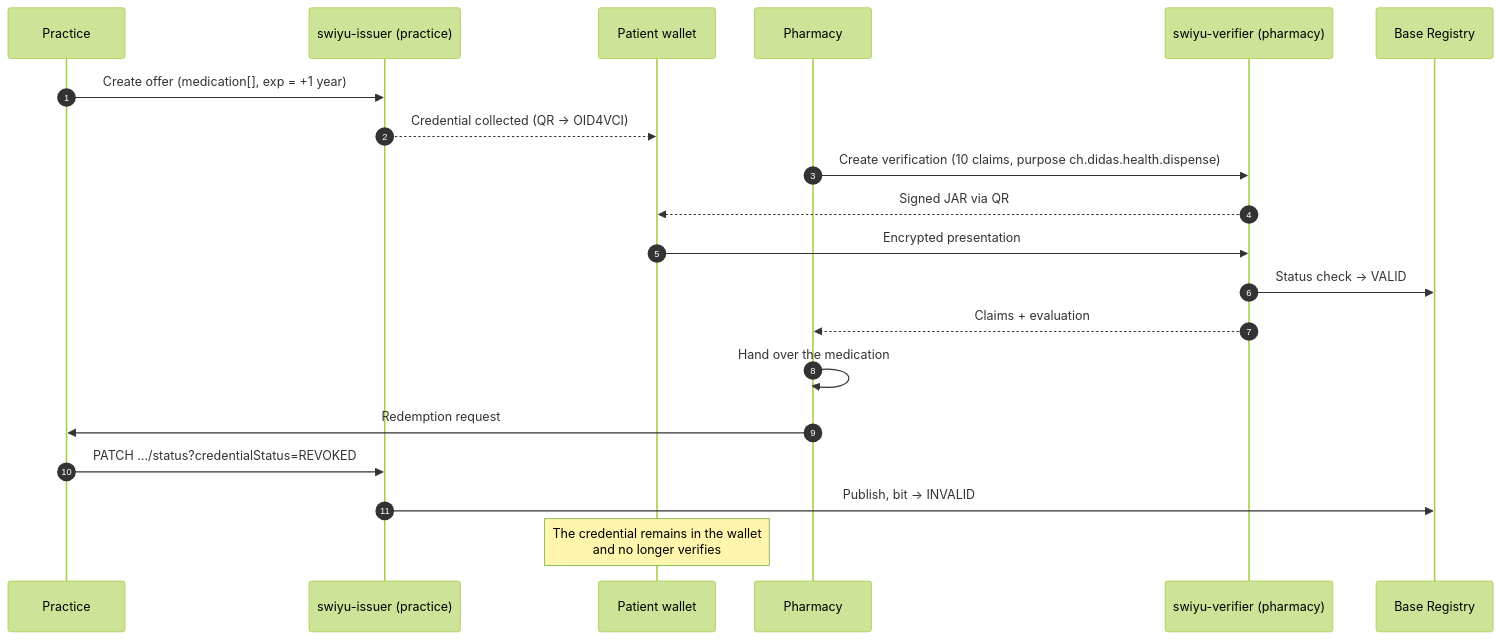
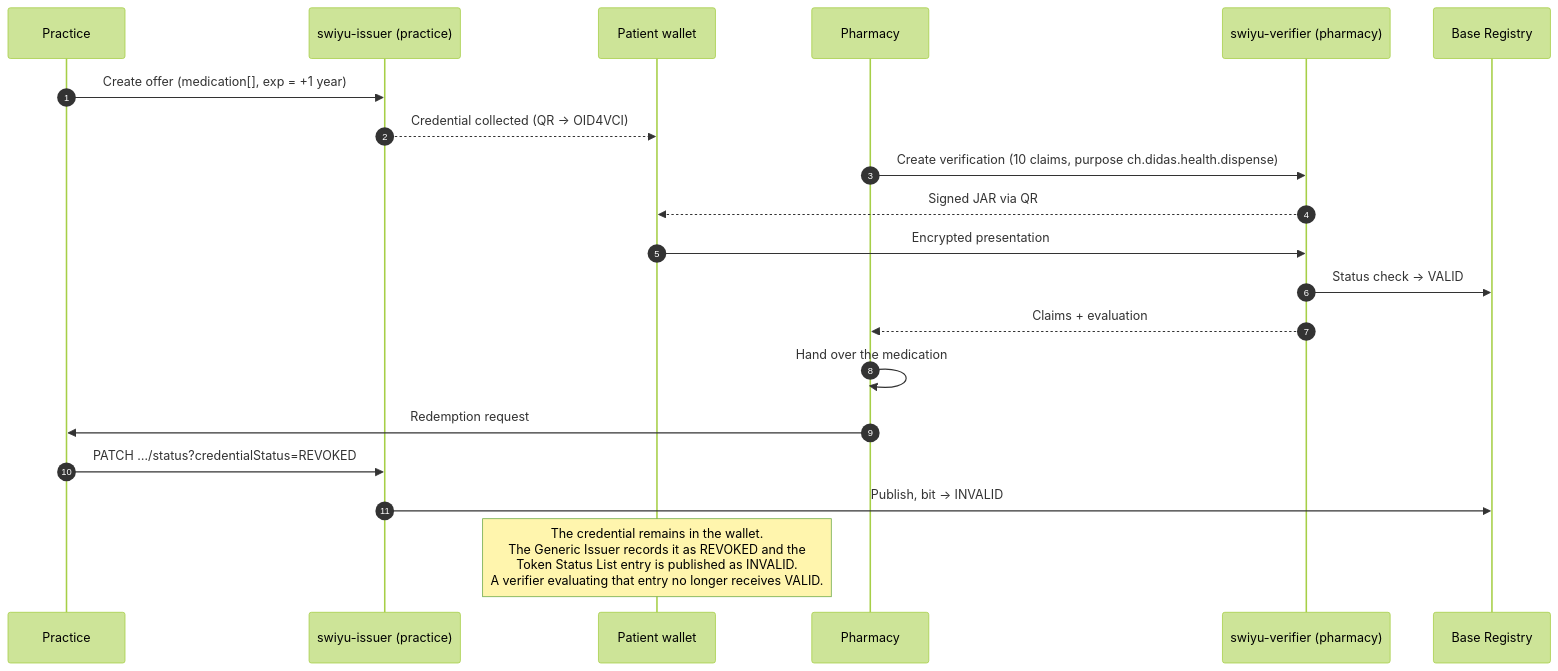
One commit to DIDAS-swiss/Trust-Flow-Diagram-Repository changed the diagram in health/flows/F-05-prescription-redemption.md. Above: the diagram before and after it, drawn with Mermaid (forest theme). The commit also changed other lines of this file and 20 other files, not shown here.

````diff
--- a/health/flows/F-05-prescription-redemption.md
+++ b/health/flows/F-05-prescription-redemption.md
@@ -52,23 +59,23 @@
 ```mermaid
 sequenceDiagram
     autonumber
     participant P as Practice
     participant GI as swiyu-issuer (practice)
     participant W as Patient wallet
     participant Ph as Pharmacy
     participant GV as swiyu-verifier (pharmacy)
     participant BR as Base Registry
 
     P->>GI: Create offer (medication[], exp = +1 year)
     GI-->>W: Credential collected (QR → OID4VCI)
     Ph->>GV: Create verification (10 claims, purpose ch.didas.health.dispense)
     GV-->>W: Signed JAR via QR
     W->>GV: Encrypted presentation
     GV->>BR: Status check → VALID
     GV-->>Ph: Claims + evaluation
     Ph->>Ph: Hand over the medication
     Ph->>P: Redemption request
     P->>GI: PATCH …/status?credentialStatus=REVOKED
     GI->>BR: Publish, bit → INVALID
-    Note over W: The credential remains in the wallet<br/>and no longer verifies
+    Note over W: The credential remains in the wallet.<br/>The Generic Issuer records it as REVOKED and the<br/>Token Status List entry is published as INVALID.<br/>A verifier evaluating that entry no longer receives VALID.
 ```
````
